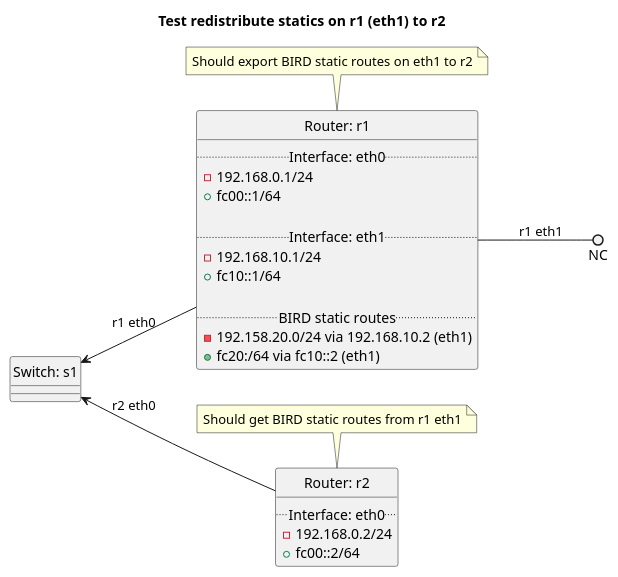
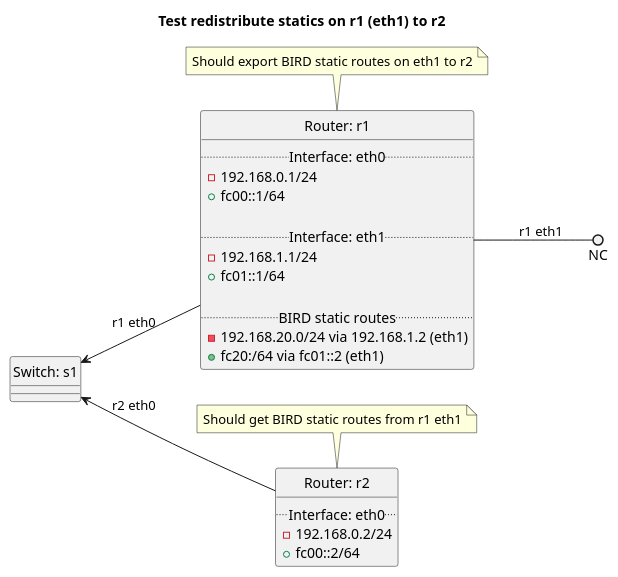
The diagram in tests/rip/redistribute_static/README.md (oscdev-io/birdplan), drawn with PlantUML before and after one commit. The commit also changed 3 other files, not shown here.

````diff
--- a/tests/rip/redistribute_static/README.md
+++ b/tests/rip/redistribute_static/README.md
@@ -6,40 +6,40 @@
 ```plantuml
 @startuml
 hide circle
 title Test redistribute statics on r1 (eth1) to r2
 left to right direction
 
 
 class "Router: r1" {
   .. Interface: eth0 ..
 - 192.168.0.1/24
 + fc00::1/64
 
   .. Interface: eth1 ..
-- 192.168.10.1/24
-+ fc10::1/64
+- 192.168.1.1/24
++ fc01::1/64
 
   .. BIRD static routes ..
-- 192.158.20.0/24 via 192.168.10.2 (eth1)
-+ fc20:/64 via fc10::2 (eth1)
+- 192.168.20.0/24 via 192.168.1.2 (eth1)
++ fc20:/64 via fc01::2 (eth1)
 }
 note top: Should export BIRD static routes on eth1 to r2
 
 
 class "Router: r2" {
   .. Interface: eth0 ..
 - 192.168.0.2/24
 + fc00::2/64
 }
 note top: Should get BIRD static routes from r1 eth1
 
 
 class "Switch: s1" {}
 
 
 "Switch: s1" <-down- "Router: r1": r1 eth0
 "Switch: s1" <-down- "Router: r2": r2 eth0
 "Router: r1" --() NC: r1 eth1
 
 @enduml
 ```
````
